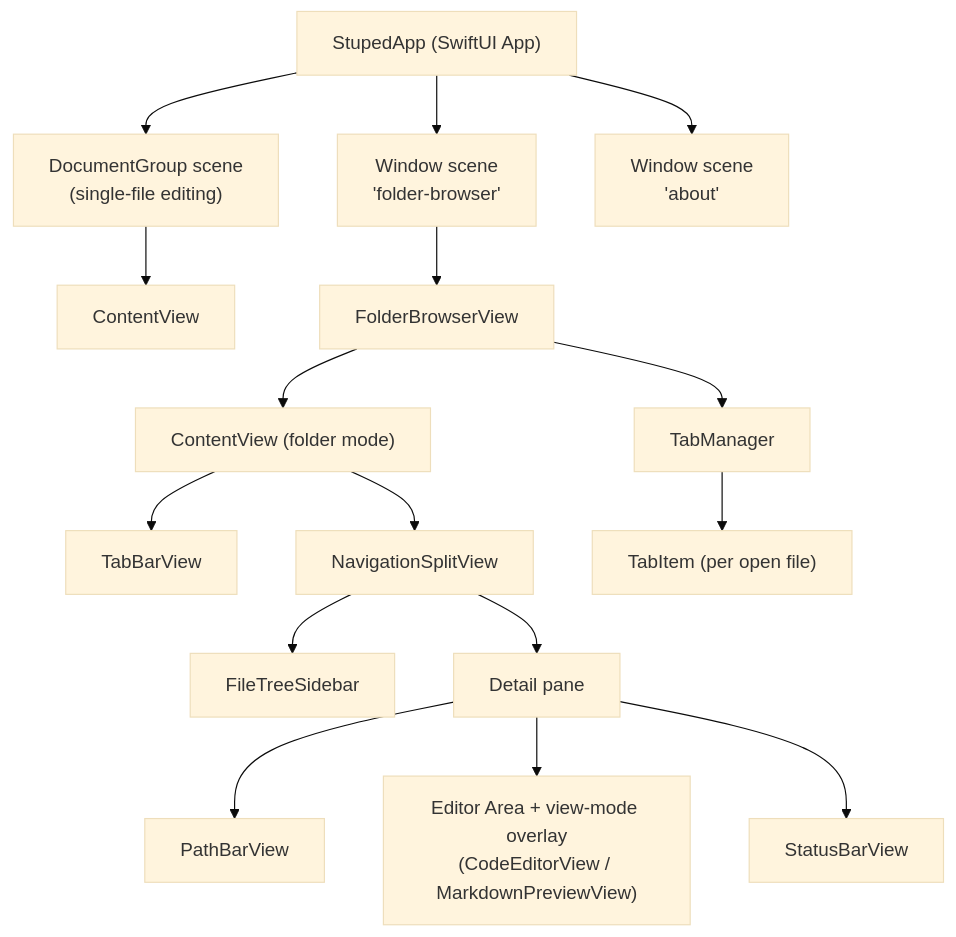
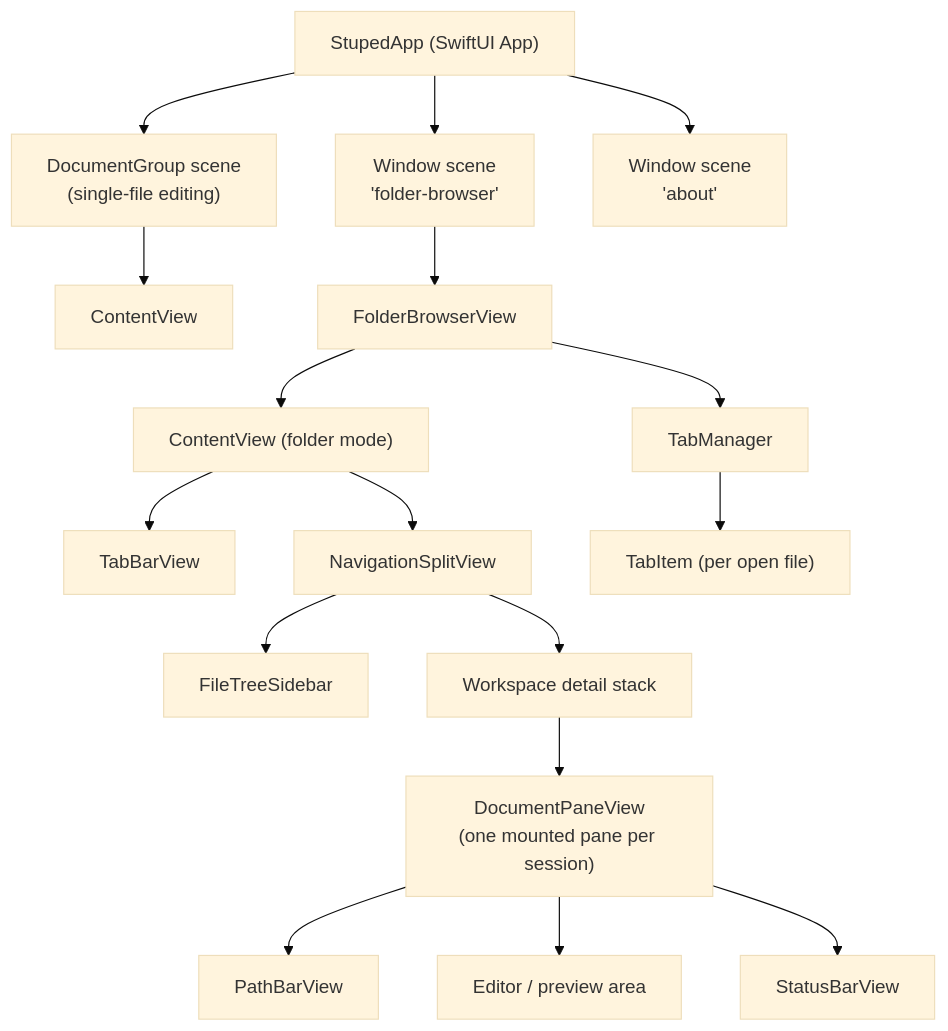
The diagram in doc/spec/overview.md (bjblazko/stuped), drawn with Mermaid (base theme) before and after one commit. The commit also changed other lines of this file and 19 other files, not shown here.

````diff
--- a/doc/spec/overview.md
+++ b/doc/spec/overview.md
@@ -20,19 +20,20 @@
 ```mermaid
 graph TD
     StupedApp["StupedApp (SwiftUI App)"]
     StupedApp --> DG["DocumentGroup scene\n(single-file editing)"]
     StupedApp --> WS["Window scene\n'folder-browser'"]
     StupedApp --> WA["Window scene\n'about'"]
     DG --> CV1["ContentView"]
     WS --> FBV["FolderBrowserView"]
     FBV --> TM["TabManager"]
     FBV --> CV2["ContentView (folder mode)"]
     CV2 --> TBV["TabBarView"]
     CV2 --> NSV["NavigationSplitView"]
     NSV --> Sidebar["FileTreeSidebar"]
-    NSV --> Detail["Detail pane"]
-    Detail --> PBV["PathBarView"]
-    Detail --> EA["Editor Area + view-mode overlay\n(CodeEditorView / MarkdownPreviewView)"]
-    Detail --> SBV["StatusBarView"]
+    NSV --> Detail["Workspace detail stack"]
+    Detail --> DPV["DocumentPaneView\n(one mounted pane per session)"]
+    DPV --> PBV["PathBarView"]
+    DPV --> EA["Editor / preview area"]
+    DPV --> SBV["StatusBarView"]
     TM --> TI["TabItem (per open file)"]
 ```
````
